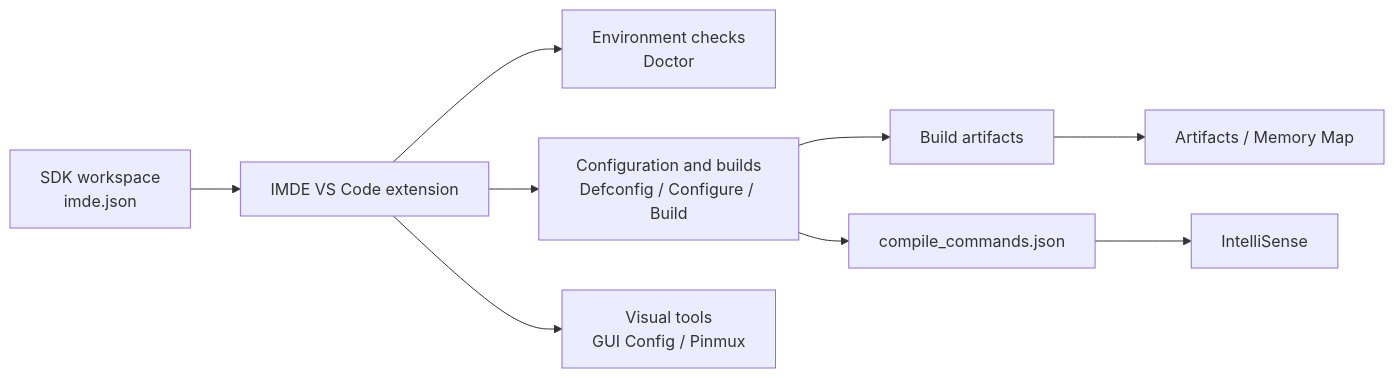
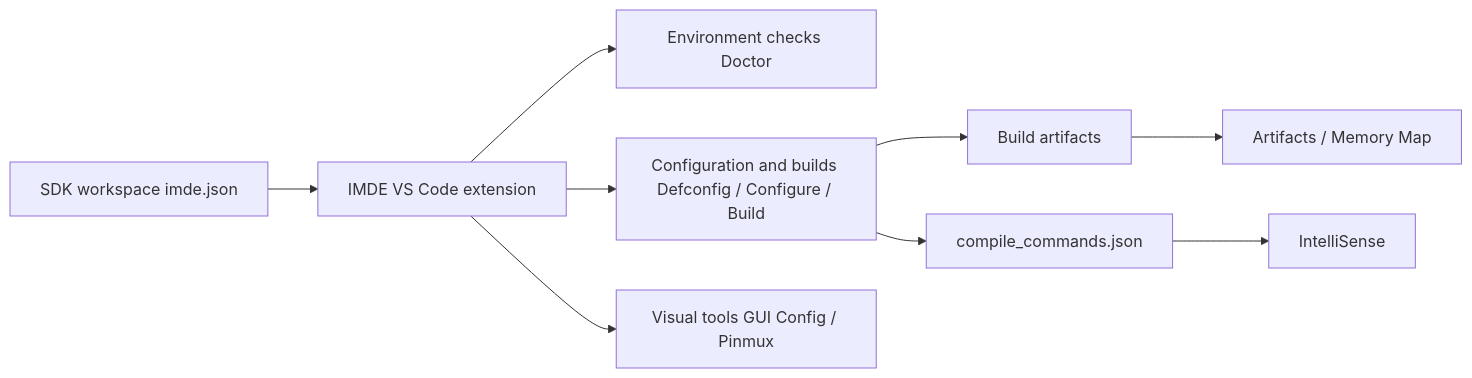
Before and after one commit to ingenic-official/MCU-IMDE: the diagram in README.en.md, drawn with Mermaid. The commit also changed 1 other file, not shown here.

Commit message:
docs: fix README workflow diagram

````diff
--- a/README.en.md
+++ b/README.en.md
@@ -74,11 +74,11 @@
 ```mermaid
 flowchart LR
-    A[SDK workspace<br/>imde.json] --> B[IMDE VS Code extension]
-    B --> C[Environment checks<br/>Doctor]
-    B --> D[Configuration and builds<br/>Defconfig / Configure / Build]
-    B --> E[Visual tools<br/>GUI Config / Pinmux]
-    D --> F[Build artifacts]
-    F --> G[Artifacts / Memory Map]
-    D --> H[compile_commands.json]
-    H --> I[IntelliSense]
+    A["SDK workspace imde.json"] --> B["IMDE VS Code extension"]
+    B --> C["Environment checks Doctor"]
+    B --> D["Configuration and builds Defconfig / Configure / Build"]
+    B --> E["Visual tools GUI Config / Pinmux"]
+    D --> F["Build artifacts"]
+    F --> G["Artifacts / Memory Map"]
+    D --> H["compile_commands.json"]
+    H --> I["IntelliSense"]
 ```
````
